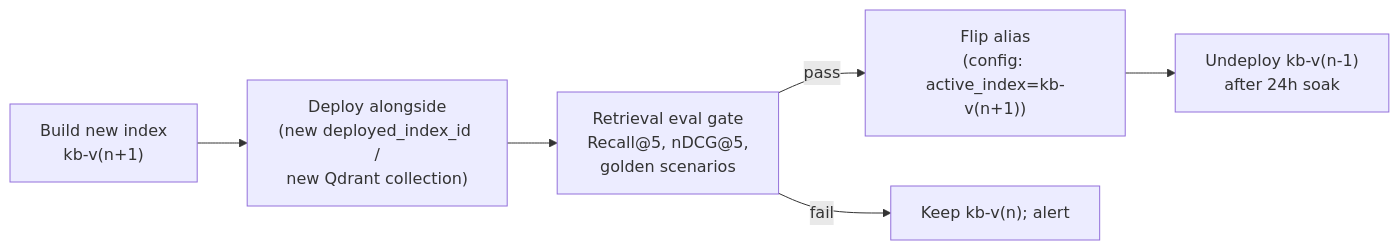
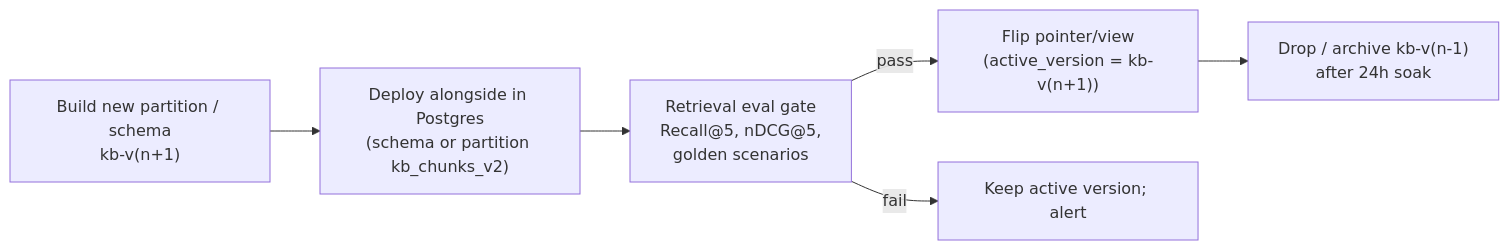
One commit to krishj9/ContactCenterAgentPlatform changed the fifth of 6 diagrams in docs/technical_specification.md. Above: the diagram before and after it, drawn with Mermaid. The commit also changed other lines of this file and 61 other files, not shown here.

````diff
--- a/docs/technical_specification.md
+++ b/docs/technical_specification.md
@@ -434,8 +432,8 @@
 ```mermaid
 flowchart LR
-    B["Build new index<br/>kb-v(n+1)"] --> D["Deploy alongside<br/>(new deployed_index_id /<br/>new Qdrant collection)"]
+    B["Build new partition / schema<br/>kb-v(n+1)"] --> D["Deploy alongside in Postgres<br/>(schema or partition kb_chunks_v2)"]
     D --> E["Retrieval eval gate<br/>Recall@5, nDCG@5,<br/>golden scenarios"]
-    E -->|pass| F["Flip alias<br/>(config: active_index=kb-v(n+1))"]
-    E -->|fail| K["Keep kb-v(n); alert"]
-    F --> U["Undeploy kb-v(n-1)<br/>after 24h soak"]
+    E -->|pass| F["Flip pointer/view<br/>(active_version = kb-v(n+1))"]
+    E -->|fail| K["Keep active version; alert"]
+    F --> U["Drop / archive kb-v(n-1)<br/>after 24h soak"]
 ```
````
